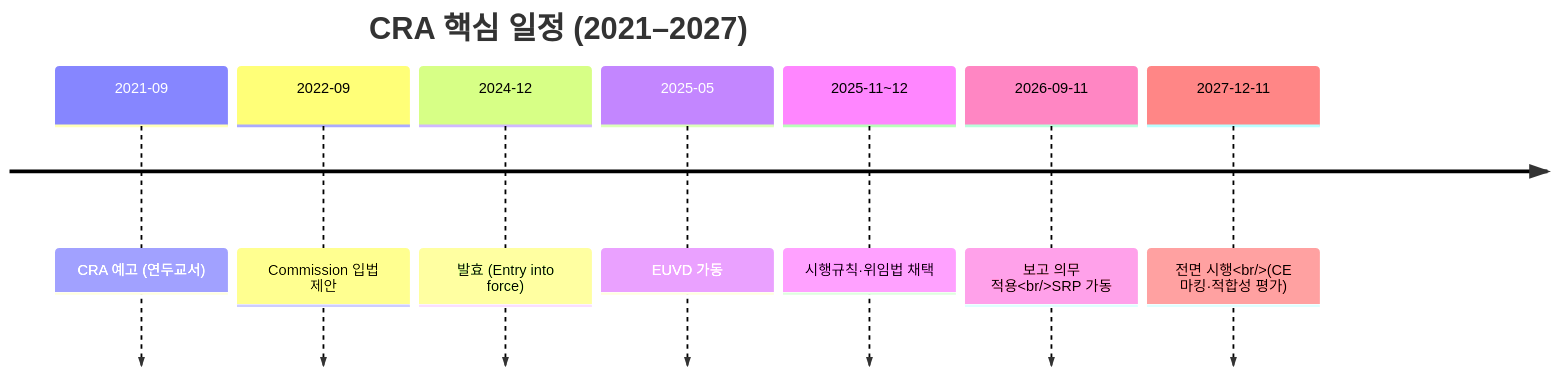
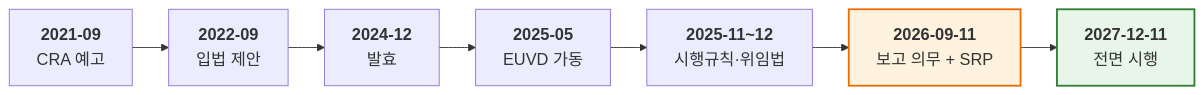
Before and after one commit to haksungjang/haksungjang.github.io: the third of 4 diagrams in content/en/research/2026-eu-cra-vulnerability-reporting/_index.md, drawn with Mermaid. The commit also changed other lines of this file, not shown here.

Commit message:
style(mermaid): timeline → flowchart로 교체, inline init으로 폰트 명시
- 그림 3: Mermaid timeline에서 <br/>이 raw로 출력되는 버그 회피.
  flowchart LR 시퀀스로 변경(같은 좌→우 흐름, <br/> 정상 렌더링).
- 그림 1·2·3·4 모두 inline %%{init}%% 지시자로 fontSize 18px, nodeSpacing,
  rankSpacing 명시. 글로벌 hugo.yaml 설정이 일부 도식에 미적용되는 문제 우회.
- 핵심 마일스톤(2026-09-11, 2027-12-11) 색상 강조 유지.

````diff
--- a/content/en/research/2026-eu-cra-vulnerability-reporting/_index.md
+++ b/content/en/research/2026-eu-cra-vulnerability-reporting/_index.md
@@ -144,11 +146,13 @@
 ```mermaid
-timeline
-    title CRA 핵심 일정 (2021–2027)
-    2021-09 : CRA 예고 (연두교서)
-    2022-09 : Commission 입법 제안
-    2024-12 : 발효 (Entry into force)
-    2025-05 : EUVD 가동
-    2025-11~12 : 시행규칙·위임법 채택
-    2026-09-11 : 보고 의무 적용<br/>SRP 가동
-    2027-12-11 : 전면 시행<br/>(CE 마킹·적합성 평가)
+%%{init: {'theme':'default', 'themeVariables': {'fontSize':'18px'}, 'flowchart': {'nodeSpacing': 30, 'rankSpacing': 40}} }%%
+flowchart LR
+    A["<b>2021-09</b><br/>CRA 예고"] --> B["<b>2022-09</b><br/>입법 제안"]
+    B --> C["<b>2024-12</b><br/>발효"]
+    C --> D["<b>2025-05</b><br/>EUVD 가동"]
+    D --> E["<b>2025-11~12</b><br/>시행규칙·위임법"]
+    E --> F["<b>2026-09-11</b><br/>보고 의무 + SRP"]
+    F --> G["<b>2027-12-11</b><br/>전면 시행"]
+
+    style F fill:#fff3e0,stroke:#ef6c00,stroke-width:2px
+    style G fill:#e8f5e9,stroke:#2e7d32,stroke-width:2px
 ```
````
